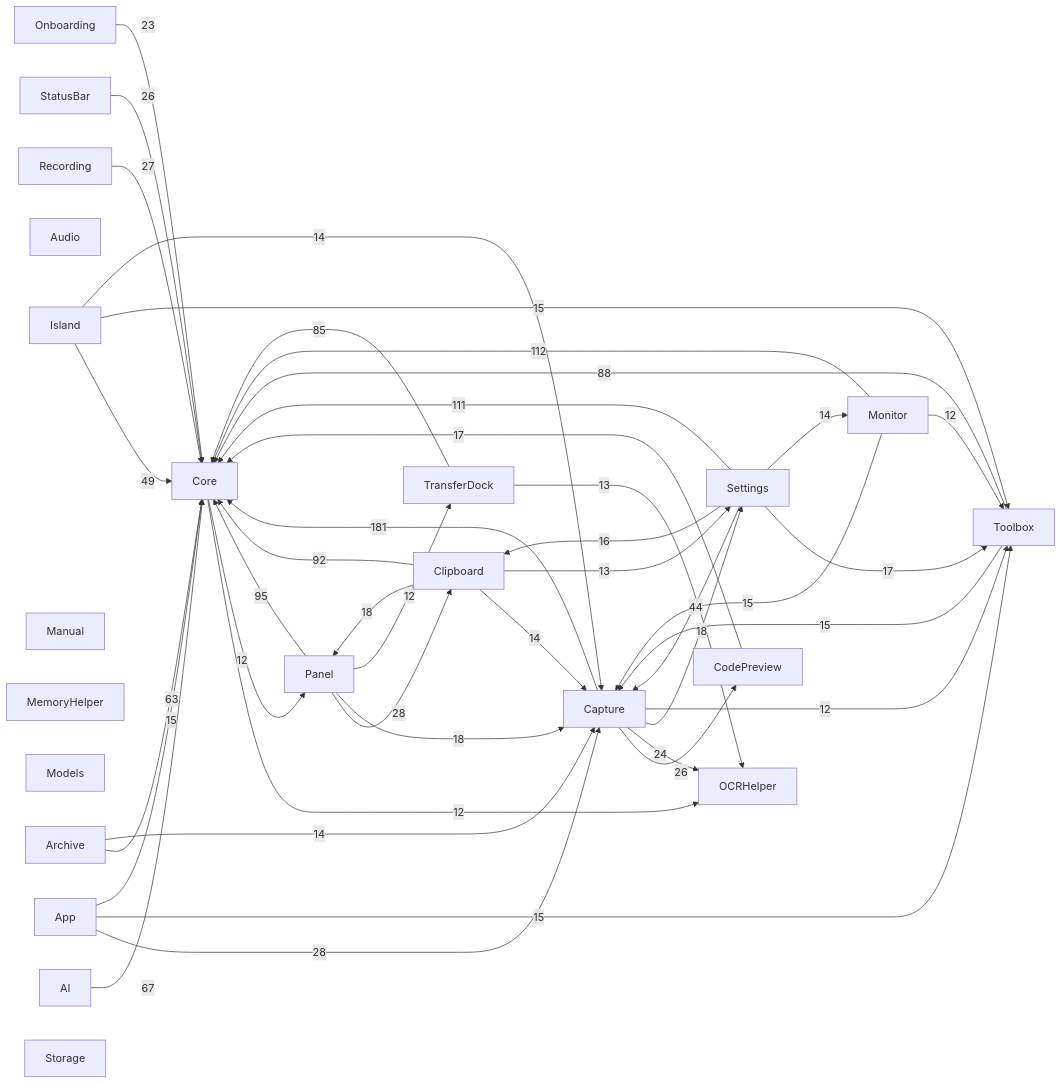
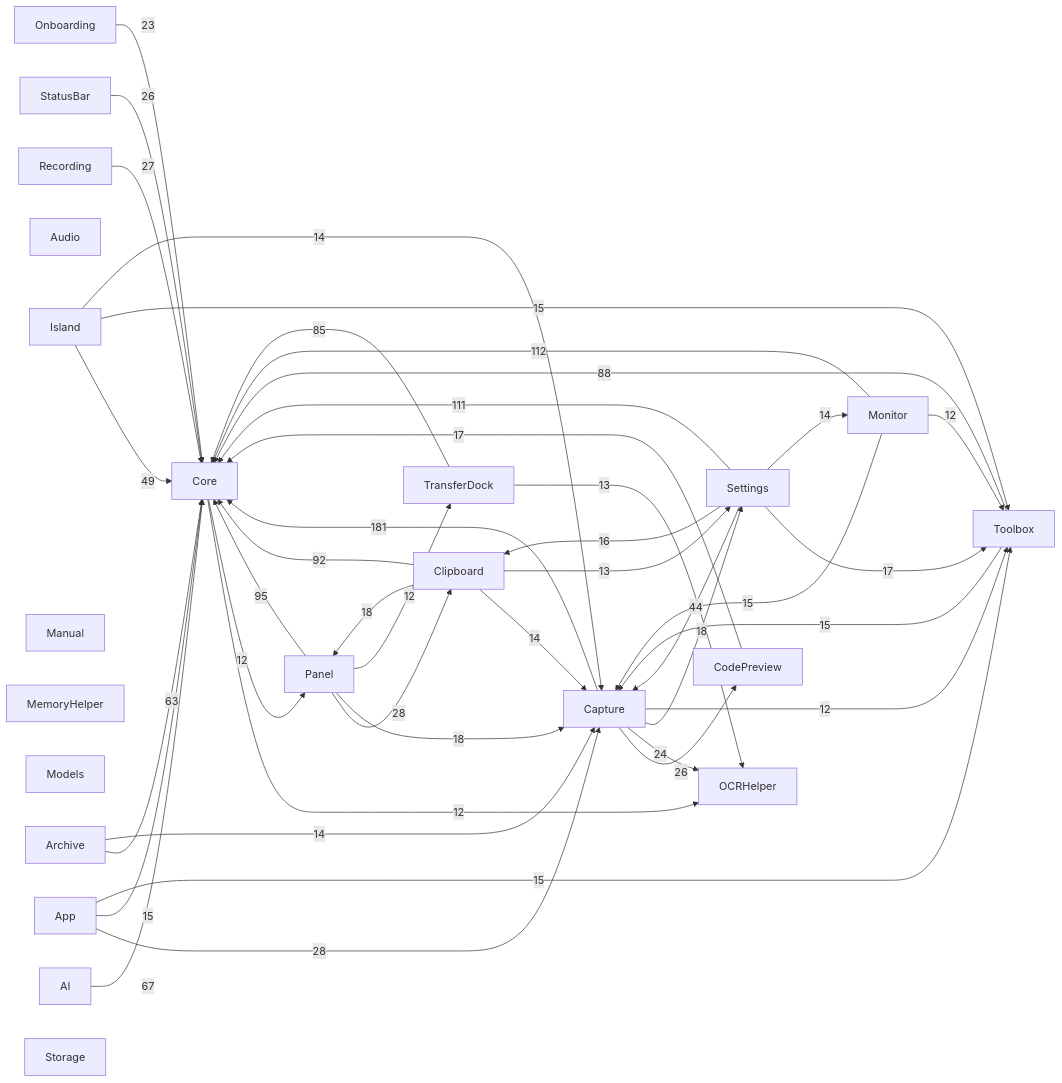
The diagram in docs/00-总览/模块依赖图.md (sxyq/Kitnest), drawn with Mermaid before and after one commit. The commit also changed other lines of this file and 5 other files, not shown here.

````diff
--- a/docs/00-总览/模块依赖图.md
+++ b/docs/00-总览/模块依赖图.md
@@ -36,65 +36,65 @@
 ```mermaid
 flowchart LR
   M0["AI"]
   M1["App"]
   M2["Archive"]
   M3["Audio"]
   M4["Capture"]
   M5["Clipboard"]
   M6["CodePreview"]
   M7["Core"]
   M8["Island"]
   M9["Manual"]
   M10["MemoryHelper"]
   M11["Models"]
   M12["Monitor"]
   M13["OCRHelper"]
   M14["Onboarding"]
   M15["Panel"]
   M16["Recording"]
   M17["Settings"]
   M18["StatusBar"]
   M19["Storage"]
   M20["Toolbox"]
   M21["TransferDock"]
   M4 -->|181| M7
   M12 -->|112| M7
   M17 -->|111| M7
   M15 -->|95| M7
   M5 -->|92| M7
   M20 -->|88| M7
   M21 -->|85| M7
   M0 -->|67| M7
   M2 -->|63| M7
   M8 -->|49| M7
   M17 -->|44| M4
   M1 -->|28| M4
   M15 -->|28| M5
   M16 -->|27| M7
   M4 -->|26| M6
   M18 -->|26| M7
   M4 -->|24| M13
   M14 -->|23| M7
   M4 -->|18| M17
   M15 -->|18| M4
   M5 -->|18| M15
   M17 -->|17| M20
   M6 -->|17| M7
   M17 -->|16| M5
+  M1 -->|15| M7
   M1 -->|15| M20
-  M1 -->|15| M7
   M12 -->|15| M4
   M20 -->|15| M4
   M8 -->|15| M20
   M17 -->|14| M12
   M2 -->|14| M4
   M8 -->|14| M4
   M5 -->|14| M4
   M21 -->|13| M13
   M5 -->|13| M17
   M7 -->|12| M13
   M7 -->|12| M15
   M4 -->|12| M20
   M12 -->|12| M20
   M15 -->|12| M21
 ```
````
